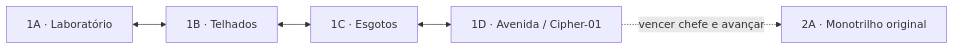
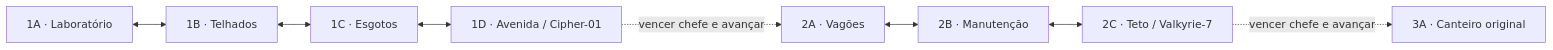
The diagram in docs/CAMPANHA_E_SUBFASES.md (Chimiasama/MindBreak), drawn with Mermaid before and after one commit. The commit also changed other lines of this file and 9 other files, not shown here.

````diff
--- a/docs/CAMPANHA_E_SUBFASES.md
+++ b/docs/CAMPANHA_E_SUBFASES.md
@@ -16,7 +19,10 @@
 ```mermaid
 flowchart LR
   A[1A · Laboratório] <--> B[1B · Telhados]
   B <--> C[1C · Esgotos]
   C <--> D[1D · Avenida / Cipher-01]
-  D -. "vencer chefe e avançar" .-> E[2A · Monotrilho original]
+  D -. "vencer chefe e avançar" .-> E[2A · Vagões]
+  E <--> F[2B · Manutenção]
+  F <--> G[2C · Teto / Valkyrie-7]
+  G -. "vencer chefe e avançar" .-> H[3A · Canteiro original]
 ```
````
